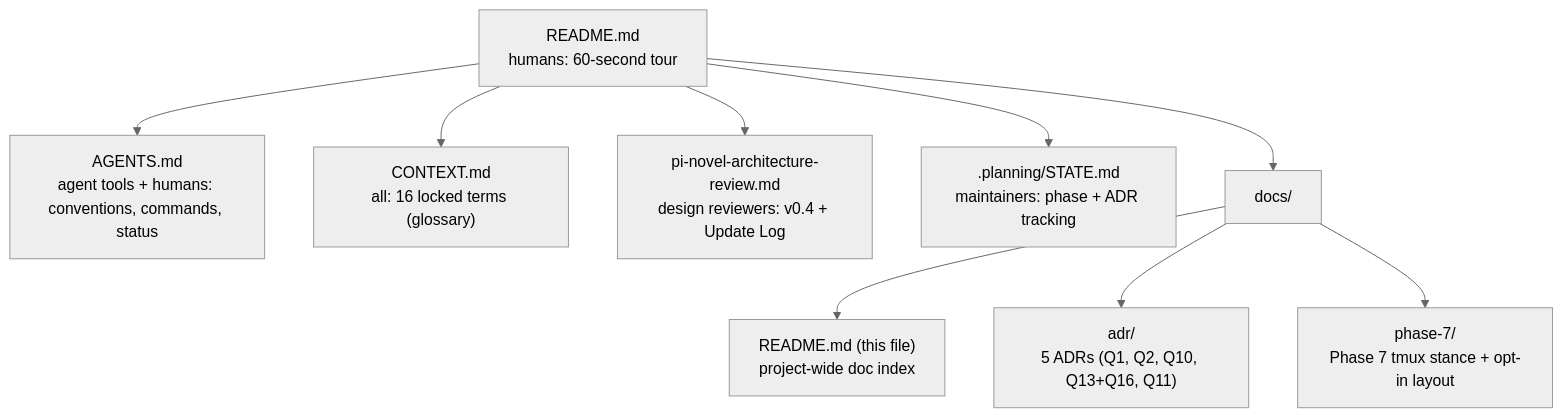
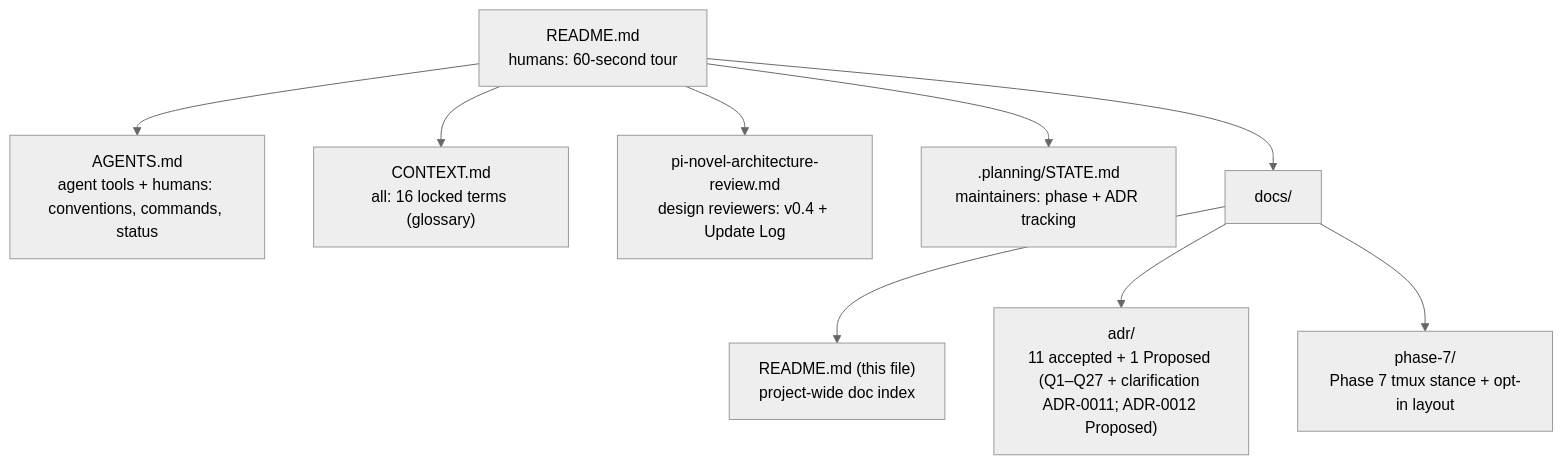
Before and after one commit to huangjien/pi-novel-scribe: the diagram in docs/README.md, drawn with Mermaid (neutral theme). The commit also changed other lines of this file and 15 other files, not shown here.

````diff
--- a/docs/README.md
+++ b/docs/README.md
@@ -48,11 +50,11 @@
 ```mermaid
 flowchart TD
     R["README.md<br/>humans: 60-second tour"] --> A["AGENTS.md<br/>agent tools + humans: conventions, commands, status"]
     R --> C["CONTEXT.md<br/>all: 16 locked terms (glossary)"]
     R --> AR["pi-novel-architecture-review.md<br/>design reviewers: v0.4 + Update Log"]
     R --> S[".planning/STATE.md<br/>maintainers: phase + ADR tracking"]
     R --> D[docs/]
     D --> DR["README.md (this file)<br/>project-wide doc index"]
-    D --> AD["adr/<br/>5 ADRs (Q1, Q2, Q10, Q13+Q16, Q11)"]
+    D --> AD["adr/<br/>11 accepted + 1 Proposed (Q1–Q27 + clarification ADR-0011; ADR-0012 Proposed)"]
     D --> P["phase-7/<br/>Phase 7 tmux stance + opt-in layout"]
 ```
````
